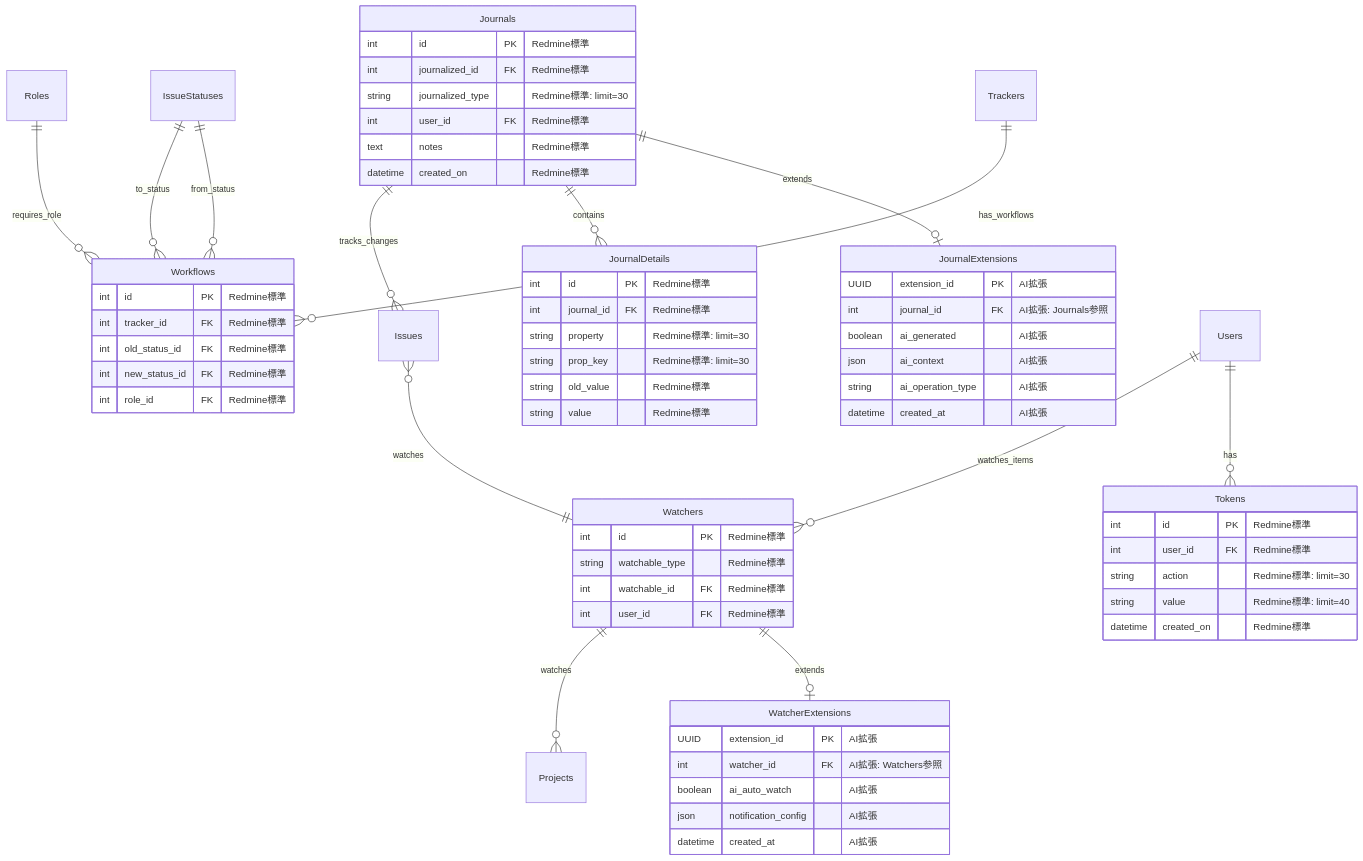
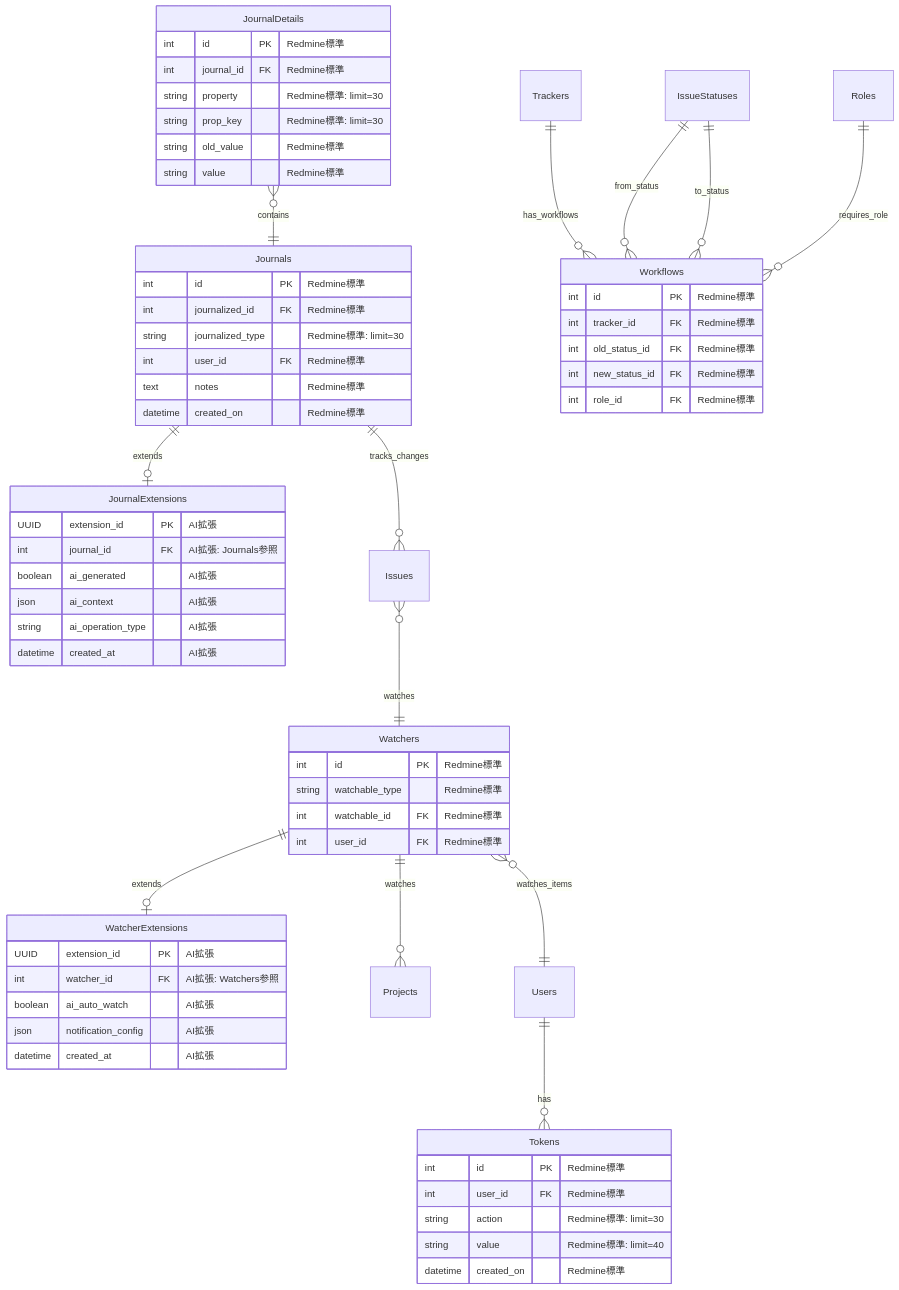
One commit to daichiTAAA/AgentOpsPlatform changed diagram 11 of 21 in docs/030000_設計/035000_データ設計/035010_ER図.md. Above: the diagram before and after it, drawn with Mermaid.

Commit message:
設計書を作成した

````diff
--- a/docs/030000_設計/035000_データ設計/035010_ER図.md
+++ b/docs/030000_設計/035000_データ設計/035010_ER図.md
@@ -631,76 +631,76 @@
 ```mermaid
 erDiagram
     %% Redmine標準テーブル（変更なし）
     Journals {
         int id PK "Redmine標準"
         int journalized_id FK "Redmine標準"
         string journalized_type "Redmine標準: limit=30"
         int user_id FK "Redmine標準"
         text notes "Redmine標準"
         datetime created_on "Redmine標準"
     }
     
     JournalDetails {
         int id PK "Redmine標準"
         int journal_id FK "Redmine標準"
         string property "Redmine標準: limit=30"
         string prop_key "Redmine標準: limit=30"
         string old_value "Redmine標準"
         string value "Redmine標準"
     }
     
     Watchers {
         int id PK "Redmine標準"
         string watchable_type "Redmine標準"
         int watchable_id FK "Redmine標準"
         int user_id FK "Redmine標準"
     }
     
     Tokens {
         int id PK "Redmine標準"
         int user_id FK "Redmine標準"
         string action "Redmine標準: limit=30"
         string value "Redmine標準: limit=40"
         datetime created_on "Redmine標準"
     }
     
     Workflows {
         int id PK "Redmine標準"
         int tracker_id FK "Redmine標準"
         int old_status_id FK "Redmine標準"
         int new_status_id FK "Redmine標準"
         int role_id FK "Redmine標準"
     }
     
     %% AI拡張テーブル（新規追加）
     JournalExtensions {
         UUID extension_id PK "AI拡張"
         int journal_id FK "AI拡張: Journals参照"
         boolean ai_generated "AI拡張"
         json ai_context "AI拡張"
         string ai_operation_type "AI拡張"
         datetime created_at "AI拡張"
     }
     
     WatcherExtensions {
         UUID extension_id PK "AI拡張"
         int watcher_id FK "AI拡張: Watchers参照"
         boolean ai_auto_watch "AI拡張"
         json notification_config "AI拡張"
         datetime created_at "AI拡張"
     }
     
     %% 関係性
     Journals ||--o| JournalExtensions : extends
     Watchers ||--o| WatcherExtensions : extends
-    Journals ||--o{ JournalDetails : contains
+    JournalDetails }o--|| Journals : contains
     Journals ||--o{ Issues : tracks_changes
     Issues }o--|| Watchers : watches
     Watchers ||--o{ Projects : watches
     Users ||--o{ Tokens : has
-    Users ||--o{ Watchers : watches_items
+    Watchers }o--|| Users : watches_items
     Trackers ||--o{ Workflows : has_workflows
     IssueStatuses ||--o{ Workflows : from_status
     IssueStatuses ||--o{ Workflows : to_status
     Roles ||--o{ Workflows : requires_role
 ```
````
